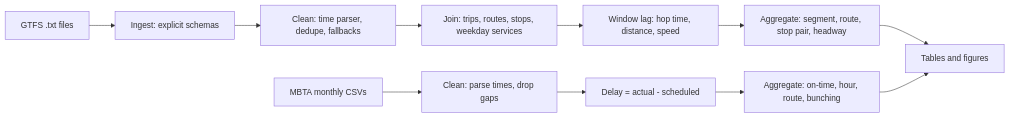
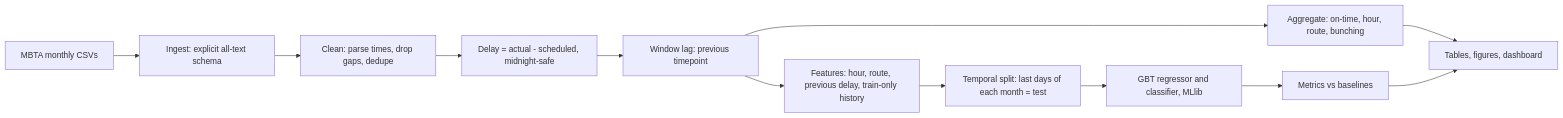
Before and after one commit to nik1taa28/bda-project: the diagram in README.md, drawn with Mermaid. The commit also changed other lines of this file and 114 other files, not shown here.

First line of the commit message:
Refocus on Boston MBTA delay analytics and add ML delay prediction

````diff
--- a/README.md
+++ b/README.md
@@ -70,13 +91,14 @@
 ```mermaid
 flowchart LR
-    A[GTFS .txt files] --> B[Ingest: explicit schemas]
-    B --> C[Clean: time parser, dedupe, fallbacks]
-    C --> D[Join: trips, routes, stops, weekday services]
-    D --> E[Window lag: hop time, distance, speed]
-    E --> F[Aggregate: segment, route, stop pair, headway]
-    F --> G[Tables and figures]
-    H[MBTA monthly CSVs] --> I[Clean: parse times, drop gaps]
-    I --> J[Delay = actual - scheduled]
-    J --> K[Aggregate: on-time, hour, route, bunching]
-    K --> G
+    A[MBTA monthly CSVs] --> B[Ingest: explicit all-text schema]
+    B --> C[Clean: parse times, drop gaps, dedupe]
+    C --> D[Delay = actual - scheduled, midnight-safe]
+    D --> E[Window lag: previous timepoint]
+    E --> F[Aggregate: on-time, hour, route, bunching]
+    E --> G[Features: hour, route, previous delay, train-only history]
+    G --> H[Temporal split: last days of each month = test]
+    H --> I[GBT regressor and classifier, MLlib]
+    I --> J[Metrics vs baselines]
+    F --> K[Tables, figures, dashboard]
+    J --> K
 ```
````
